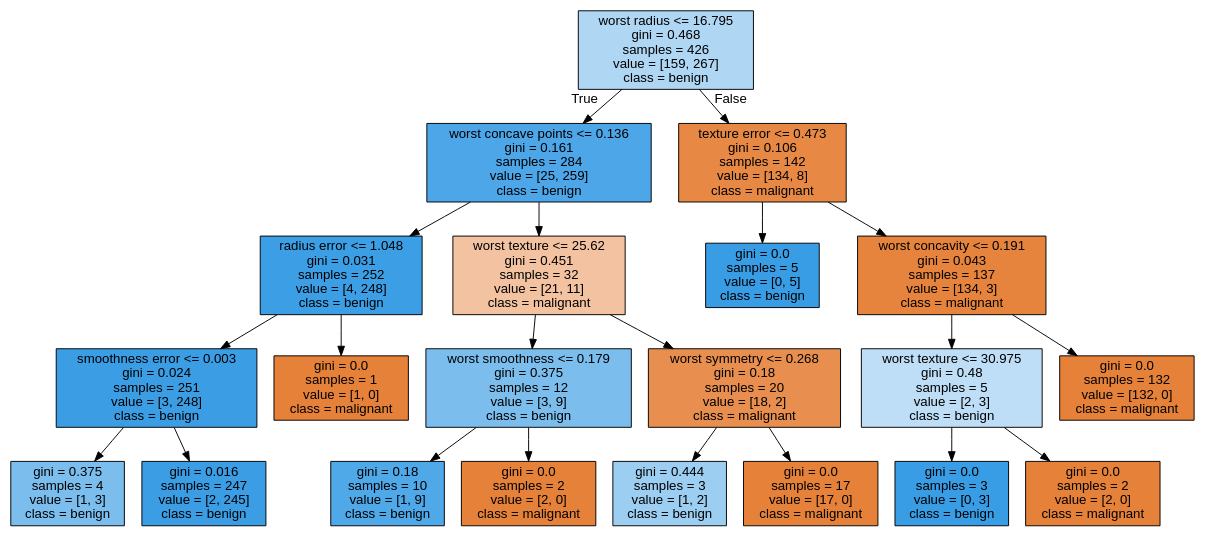
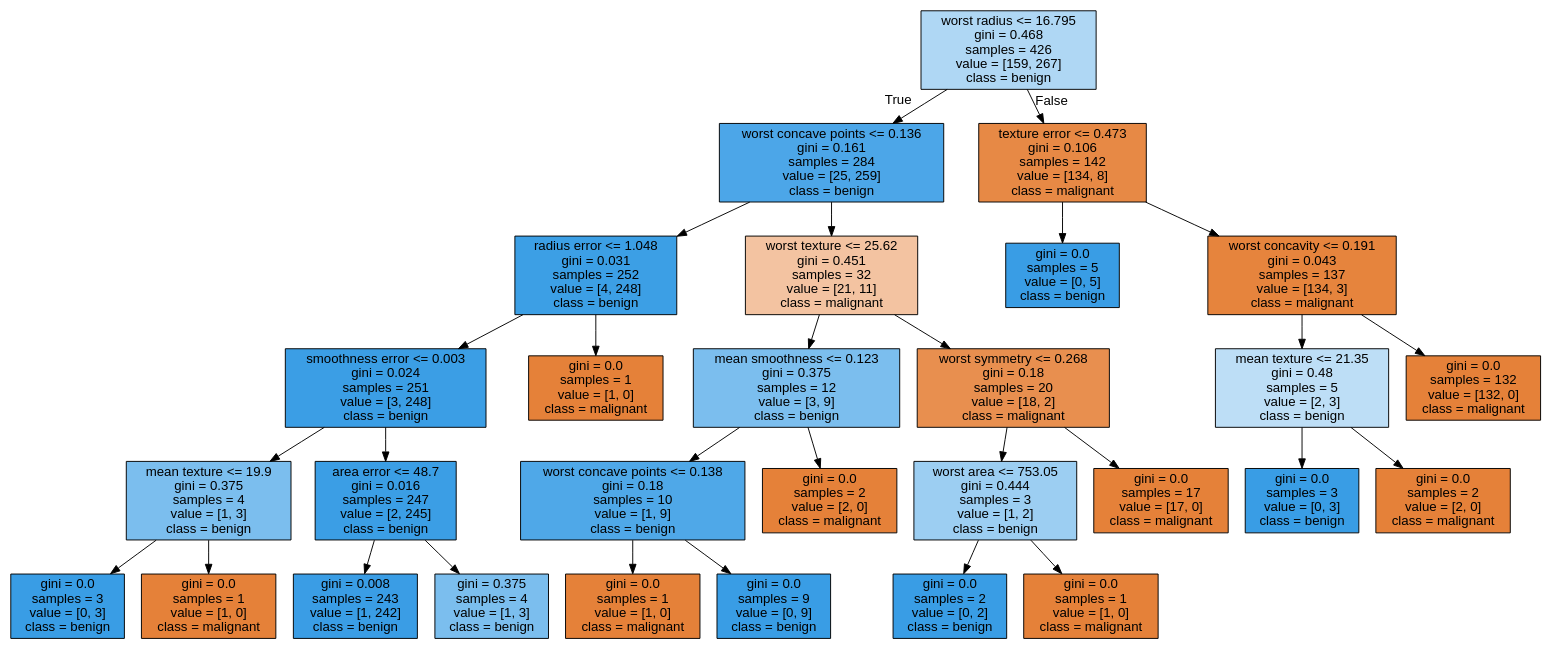
One commit to ENSF611-F2026/Lecture-Notebooks changed the diagram in Non-Linear Models/Decision Trees/tree.dot. Above: the diagram before and after it, drawn with Graphviz. The commit also changed 39 other files, not shown here.

```diff
--- a/Non-Linear Models/Decision Trees/tree.dot
+++ b/Non-Linear Models/Decision Trees/tree.dot
@@ -1,45 +1,61 @@
 digraph Tree {
 node [shape=box, style="filled", color="black", fontname="helvetica"] ;
 edge [fontname="helvetica"] ;
 0 [label="worst radius <= 16.795\ngini = 0.468\nsamples = 426\nvalue = [159, 267]\nclass = benign", fillcolor="#afd7f4"] ;
 1 [label="worst concave points <= 0.136\ngini = 0.161\nsamples = 284\nvalue = [25, 259]\nclass = benign", fillcolor="#4ca6e8"] ;
 0 -> 1 [labeldistance=2.5, labelangle=45, headlabel="True"] ;
 2 [label="radius error <= 1.048\ngini = 0.031\nsamples = 252\nvalue = [4, 248]\nclass = benign", fillcolor="#3c9fe5"] ;
 1 -> 2 ;
 3 [label="smoothness error <= 0.003\ngini = 0.024\nsamples = 251\nvalue = [3, 248]\nclass = benign", fillcolor="#3b9ee5"] ;
 2 -> 3 ;
-4 [label="gini = 0.375\nsamples = 4\nvalue = [1, 3]\nclass = benign", fillcolor="#7bbeee"] ;
+4 [label="mean texture <= 19.9\ngini = 0.375\nsamples = 4\nvalue = [1, 3]\nclass = benign", fillcolor="#7bbeee"] ;
 3 -> 4 ;
-5 [label="gini = 0.016\nsamples = 247\nvalue = [2, 245]\nclass = benign", fillcolor="#3b9ee5"] ;
-3 -> 5 ;
+5 [label="gini = 0.0\nsamples = 3\nvalue = [0, 3]\nclass = benign", fillcolor="#399de5"] ;
+4 -> 5 ;
 6 [label="gini = 0.0\nsamples = 1\nvalue = [1, 0]\nclass = malignant", fillcolor="#e58139"] ;
-2 -> 6 ;
-7 [label="worst texture <= 25.62\ngini = 0.451\nsamples = 32\nvalue = [21, 11]\nclass = malignant", fillcolor="#f3c3a1"] ;
-1 -> 7 ;
-8 [label="worst smoothness <= 0.179\ngini = 0.375\nsamples = 12\nvalue = [3, 9]\nclass = benign", fillcolor="#7bbeee"] ;
+4 -> 6 ;
+7 [label="area error <= 48.7\ngini = 0.016\nsamples = 247\nvalue = [2, 245]\nclass = benign", fillcolor="#3b9ee5"] ;
+3 -> 7 ;
+8 [label="gini = 0.008\nsamples = 243\nvalue = [1, 242]\nclass = benign", fillcolor="#3a9de5"] ;
 7 -> 8 ;
-9 [label="gini = 0.18\nsamples = 10\nvalue = [1, 9]\nclass = benign", fillcolor="#4fa8e8"] ;
-8 -> 9 ;
-10 [label="gini = 0.0\nsamples = 2\nvalue = [2, 0]\nclass = malignant", fillcolor="#e58139"] ;
-8 -> 10 ;
-11 [label="worst symmetry <= 0.268\ngini = 0.18\nsamples = 20\nvalue = [18, 2]\nclass = malignant", fillcolor="#e88f4f"] ;
-7 -> 11 ;
-12 [label="gini = 0.444\nsamples = 3\nvalue = [1, 2]\nclass = benign", fillcolor="#9ccef2"] ;
+9 [label="gini = 0.375\nsamples = 4\nvalue = [1, 3]\nclass = benign", fillcolor="#7bbeee"] ;
+7 -> 9 ;
+10 [label="gini = 0.0\nsamples = 1\nvalue = [1, 0]\nclass = malignant", fillcolor="#e58139"] ;
+2 -> 10 ;
+11 [label="worst texture <= 25.62\ngini = 0.451\nsamples = 32\nvalue = [21, 11]\nclass = malignant", fillcolor="#f3c3a1"] ;
+1 -> 11 ;
+12 [label="mean smoothness <= 0.123\ngini = 0.375\nsamples = 12\nvalue = [3, 9]\nclass = benign", fillcolor="#7bbeee"] ;
 11 -> 12 ;
-13 [label="gini = 0.0\nsamples = 17\nvalue = [17, 0]\nclass = malignant", fillcolor="#e58139"] ;
-11 -> 13 ;
-14 [label="texture error <= 0.473\ngini = 0.106\nsamples = 142\nvalue = [134, 8]\nclass = malignant", fillcolor="#e78945"] ;
-0 -> 14 [labeldistance=2.5, labelangle=-45, headlabel="False"] ;
-15 [label="gini = 0.0\nsamples = 5\nvalue = [0, 5]\nclass = benign", fillcolor="#399de5"] ;
-14 -> 15 ;
-16 [label="worst concavity <= 0.191\ngini = 0.043\nsamples = 137\nvalue = [134, 3]\nclass = malignant", fillcolor="#e6843d"] ;
-14 -> 16 ;
-17 [label="worst texture <= 30.975\ngini = 0.48\nsamples = 5\nvalue = [2, 3]\nclass = benign", fillcolor="#bddef6"] ;
-16 -> 17 ;
-18 [label="gini = 0.0\nsamples = 3\nvalue = [0, 3]\nclass = benign", fillcolor="#399de5"] ;
+13 [label="worst concave points <= 0.138\ngini = 0.18\nsamples = 10\nvalue = [1, 9]\nclass = benign", fillcolor="#4fa8e8"] ;
+12 -> 13 ;
+14 [label="gini = 0.0\nsamples = 1\nvalue = [1, 0]\nclass = malignant", fillcolor="#e58139"] ;
+13 -> 14 ;
+15 [label="gini = 0.0\nsamples = 9\nvalue = [0, 9]\nclass = benign", fillcolor="#399de5"] ;
+13 -> 15 ;
+16 [label="gini = 0.0\nsamples = 2\nvalue = [2, 0]\nclass = malignant", fillcolor="#e58139"] ;
+12 -> 16 ;
+17 [label="worst symmetry <= 0.268\ngini = 0.18\nsamples = 20\nvalue = [18, 2]\nclass = malignant", fillcolor="#e88f4f"] ;
+11 -> 17 ;
+18 [label="worst area <= 753.05\ngini = 0.444\nsamples = 3\nvalue = [1, 2]\nclass = benign", fillcolor="#9ccef2"] ;
 17 -> 18 ;
-19 [label="gini = 0.0\nsamples = 2\nvalue = [2, 0]\nclass = malignant", fillcolor="#e58139"] ;
-17 -> 19 ;
-20 [label="gini = 0.0\nsamples = 132\nvalue = [132, 0]\nclass = malignant", fillcolor="#e58139"] ;
-16 -> 20 ;
+19 [label="gini = 0.0\nsamples = 2\nvalue = [0, 2]\nclass = benign", fillcolor="#399de5"] ;
+18 -> 19 ;
+20 [label="gini = 0.0\nsamples = 1\nvalue = [1, 0]\nclass = malignant", fillcolor="#e58139"] ;
+18 -> 20 ;
+21 [label="gini = 0.0\nsamples = 17\nvalue = [17, 0]\nclass = malignant", fillcolor="#e58139"] ;
+17 -> 21 ;
+22 [label="texture error <= 0.473\ngini = 0.106\nsamples = 142\nvalue = [134, 8]\nclass = malignant", fillcolor="#e78945"] ;
+0 -> 22 [labeldistance=2.5, labelangle=-45, headlabel="False"] ;
+23 [label="gini = 0.0\nsamples = 5\nvalue = [0, 5]\nclass = benign", fillcolor="#399de5"] ;
+22 -> 23 ;
+24 [label="worst concavity <= 0.191\ngini = 0.043\nsamples = 137\nvalue = [134, 3]\nclass = malignant", fillcolor="#e6843d"] ;
+22 -> 24 ;
+25 [label="mean texture <= 21.35\ngini = 0.48\nsamples = 5\nvalue = [2, 3]\nclass = benign", fillcolor="#bddef6"] ;
+24 -> 25 ;
+26 [label="gini = 0.0\nsamples = 3\nvalue = [0, 3]\nclass = benign", fillcolor="#399de5"] ;
+25 -> 26 ;
+27 [label="gini = 0.0\nsamples = 2\nvalue = [2, 0]\nclass = malignant", fillcolor="#e58139"] ;
+25 -> 27 ;
+28 [label="gini = 0.0\nsamples = 132\nvalue = [132, 0]\nclass = malignant", fillcolor="#e58139"] ;
+24 -> 28 ;
 }
```
